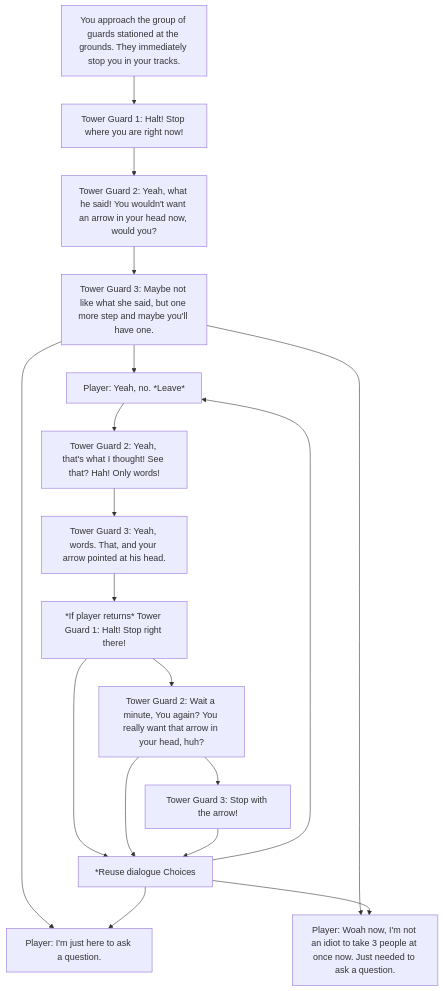
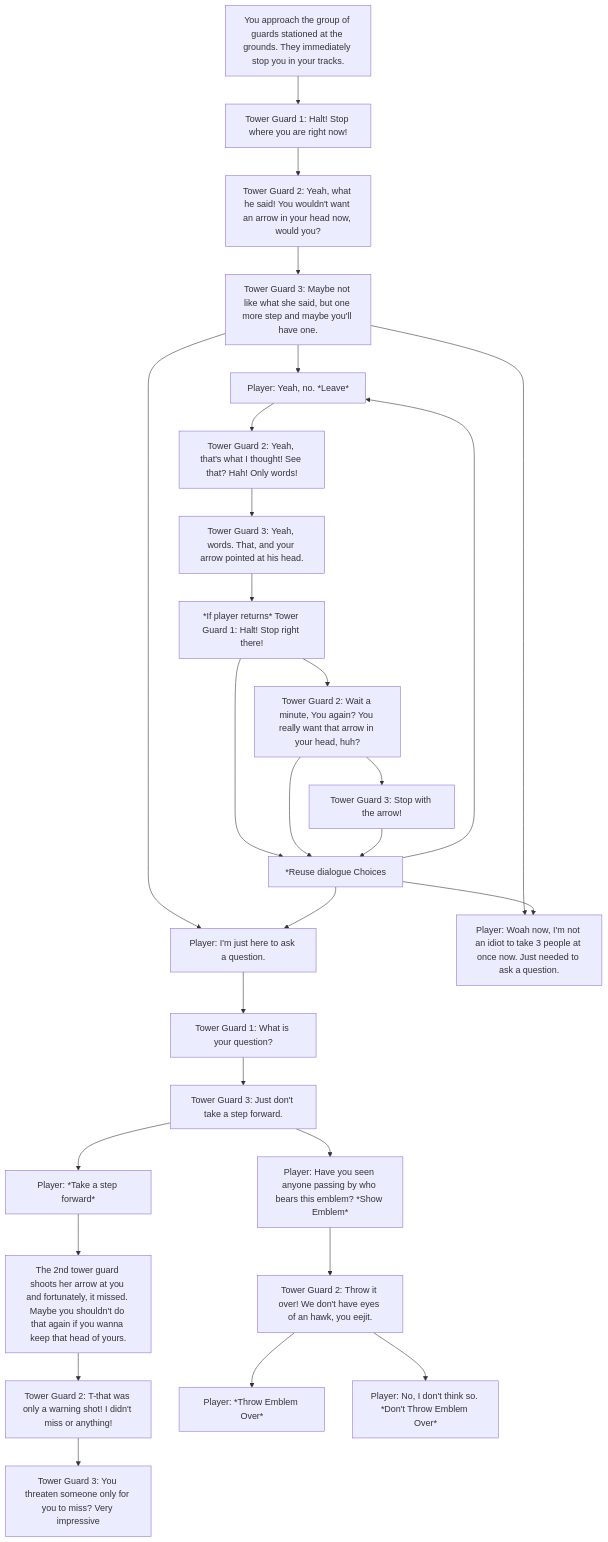
The diagram in Q3-TowerGuards.md (padillaryl/cc3-rpg-DialogueTree), drawn with Mermaid before and after one commit.

````diff
--- a/Q3-TowerGuards.md
+++ b/Q3-TowerGuards.md
@@ -1,22 +1,36 @@
 ```mermaid
 flowchart TD
 
   A[You approach the group of guards stationed at the grounds. They immediately stop you in your tracks.]
   A --> B[Tower Guard 1: Halt! Stop where you are right now!]
   B --> C[Tower Guard 2: Yeah, what he said! You wouldn't want an arrow in your head now, would you?]
   C --> D[Tower Guard 3: Maybe not like what she said, but one more step and maybe you'll have one.]
 
   D --> E[Player: I'm just here to ask a question.]
   D --> F[Player: Woah now, I'm not an idiot to take 3 people at once now. Just needed to ask a question.]
   D --> G[Player: Yeah, no. *Leave*]
 
   G --> H[Tower Guard 2: Yeah, that's what I thought! See that? Hah! Only words!]
   H --> I[Tower Guard 3: Yeah, words. That, and your arrow pointed at his head.]
 
   I --> J[*If player returns* Tower Guard 1: Halt! Stop right there!]
   J --> K[Tower Guard 2: Wait a minute, You again? You really want that arrow in your head, huh?]
   K --> L[Tower Guard 3: Stop with the arrow!]
 
   J & K & L --> M[*Reuse dialogue Choices]
   M --> E & F & G
+
+  E --> N[Tower Guard 1: What is your question?]
+  N --> O[Tower Guard 3: Just don't take a step forward.]
+
+  O --> P[Player: Have you seen anyone passing by who bears this emblem? *Show Emblem*]
+  O --> Q[Player: *Take a step forward*]
+
+  Q --> R[The 2nd tower guard shoots her arrow at you and fortunately, it missed. Maybe you shouldn't do that again if you wanna keep that head of yours.]
+  R --> S[Tower Guard 2: T-that was only a warning shot! I didn't miss or anything!]
+  S --> T[Tower Guard 3: You threaten someone only for you to miss? Very impressive]
+
+  P --> U[Tower Guard 2: Throw it over! We don't have eyes of an hawk, you eejit.]
+  U --> V[Player: *Throw Emblem Over*]
+  U --> W[Player: No, I don't think so. *Don't Throw Emblem Over*]
 ```
````
